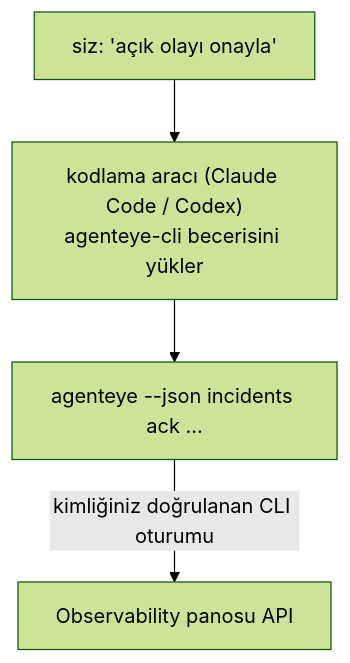
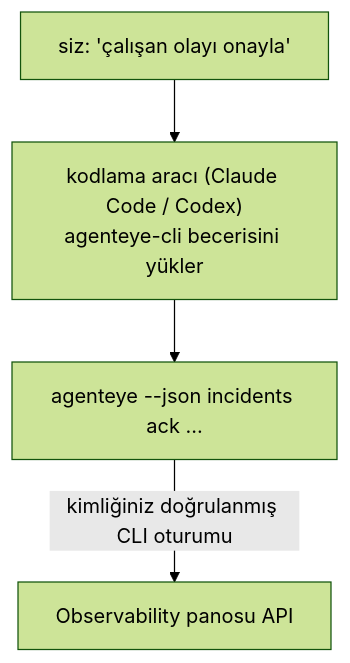
One commit to FailproofAI/failproofai changed the diagram in docs/tr/agenteye/cli-skill.mdx. Above: the diagram before and after it, drawn with Mermaid (forest theme). The commit also changed other lines of this file and 677 other files, not shown here.

````diff
--- a/docs/tr/agenteye/cli-skill.mdx
+++ b/docs/tr/agenteye/cli-skill.mdx
@@ -29,6 +28,6 @@
 ```mermaid
 flowchart TD
-    YOU["siz: 'açık olayı onayla'"] --> AGENT["kodlama aracı (Claude Code / Codex)<br/>agenteye-cli becerisini yükler"]
+    YOU["siz: 'çalışan olayı onayla'"] --> AGENT["kodlama aracı (Claude Code / Codex)<br/>agenteye-cli becerisini yükler"]
     AGENT --> CLI["agenteye --json incidents ack ..."]
-    CLI -->|kimliğiniz doğrulanan CLI oturumu| API["Observability panosu API"]
+    CLI -->|kimliğiniz doğrulanmış CLI oturumu| API["Observability panosu API"]
 ```
````
